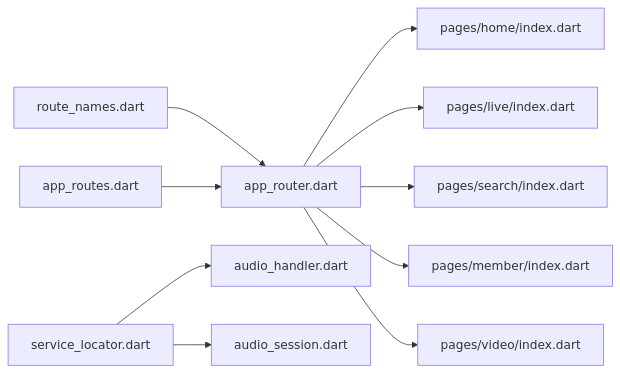
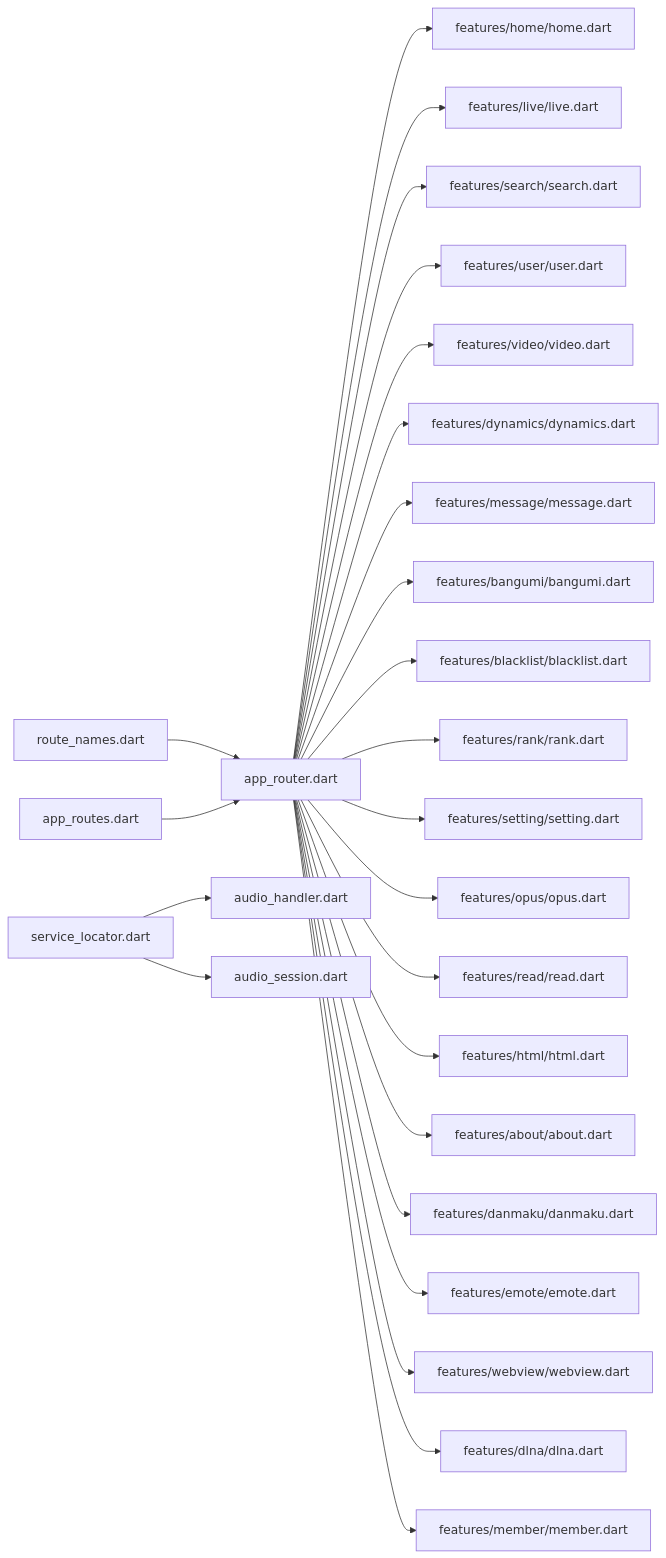
One commit to justLXX/pilipala changed the fifth of 5 diagrams in .qoder/repowiki/zh/content/核心模块/功能模块/功能模块.md. Above: the diagram before and after it, drawn with Mermaid. The commit also changed other lines of this file and 194 other files, not shown here.

````diff
--- a/.qoder/repowiki/zh/content/核心模块/功能模块/功能模块.md
+++ b/.qoder/repowiki/zh/content/核心模块/功能模块/功能模块.md
@@ -450,12 +924,27 @@
 ```mermaid
 graph LR
 RNames["route_names.dart"] --> RRouter["app_router.dart"]
 RAppRoutes["app_routes.dart"] --> RRouter
-RRouter --> PHome["pages/home/index.dart"]
-RRouter --> PLive["pages/live/index.dart"]
-RRouter --> PSearch["pages/search/index.dart"]
-RRouter --> PMember["pages/member/index.dart"]
-RRouter --> PVideo["pages/video/index.dart"]
+RRouter --> FHome["features/home/home.dart"]
+RRouter --> FLive["features/live/live.dart"]
+RRouter --> FSearch["features/search/search.dart"]
+RRouter --> FUser["features/user/user.dart"]
+RRouter --> FVideo["features/video/video.dart"]
+RRouter --> FDynamics["features/dynamics/dynamics.dart"]
+RRouter --> FMessage["features/message/message.dart"]
+RRouter --> FBangumi["features/bangumi/bangumi.dart"]
+RRouter --> FBlacklist["features/blacklist/blacklist.dart"]
+RRouter --> FRank["features/rank/rank.dart"]
+RRouter --> FSetting["features/setting/setting.dart"]
+RRouter --> FOpus["features/opus/opus.dart"]
+RRouter --> FRead["features/read/read.dart"]
+RRouter --> FHtml["features/html/html.dart"]
+RRouter --> FAbout["features/about/about.dart"]
+RRouter --> FDanmaku["features/danmaku/danmaku.dart"]
+RRouter --> FEmote["features/emote/emote.dart"]
+RRouter --> FWebview["features/webview/webview.dart"]
+RRouter --> FDlna["features/dlna/dlna.dart"]
+RRouter --> FMember["features/member/member.dart"]
 SLocator["service_locator.dart"] --> SAudio["audio_handler.dart"]
 SLocator --> SAudioSession["audio_session.dart"]
 ```
````
